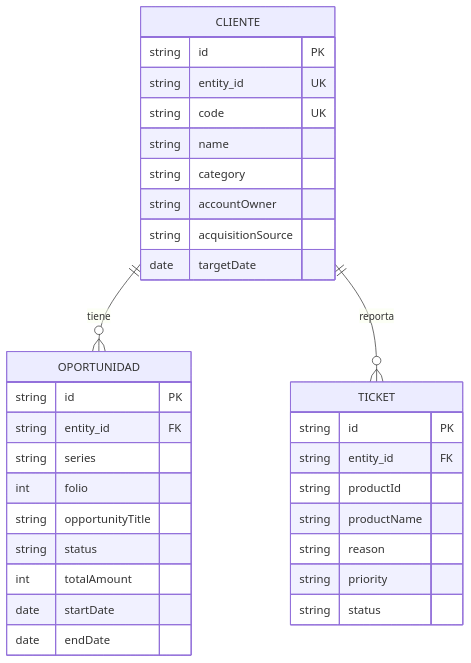
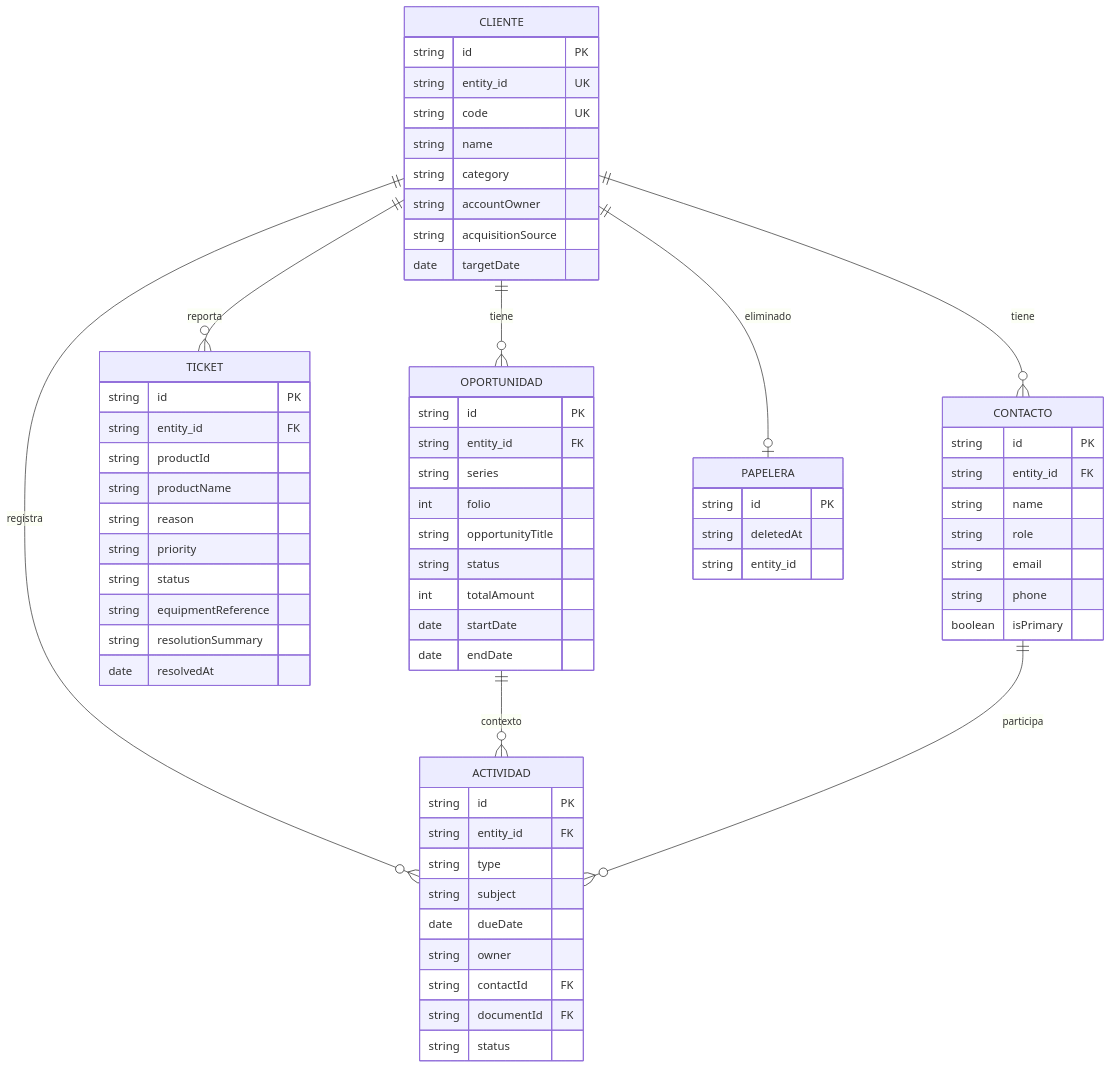
The diagram in specs/001-crm-module/data-model.md (MDS-BI/Grupo-04), drawn with Mermaid before and after one commit. The commit also changed other lines of this file and 4 other files, not shown here.

````diff
--- a/specs/001-crm-module/data-model.md
+++ b/specs/001-crm-module/data-model.md
@@ -230,35 +299,68 @@
 ```mermaid
 erDiagram
     CLIENTE ||--o{ OPORTUNIDAD : tiene
     CLIENTE ||--o{ TICKET : reporta
+    CLIENTE ||--o{ CONTACTO : tiene
+    CLIENTE ||--o{ ACTIVIDAD : registra
+    OPORTUNIDAD ||--o{ ACTIVIDAD : contexto
+    CONTACTO ||--o{ ACTIVIDAD : participa
+    CLIENTE ||--o| PAPELERA : eliminado
     CLIENTE {
         string id PK
         string entity_id UK
         string code UK
         string name
         string category
         string accountOwner
         string acquisitionSource
         date targetDate
     }
     OPORTUNIDAD {
         string id PK
         string entity_id FK
         string series
         int folio
         string opportunityTitle
         string status
         int totalAmount
         date startDate
         date endDate
     }
     TICKET {
         string id PK
         string entity_id FK
         string productId
         string productName
         string reason
         string priority
         string status
+        string equipmentReference
+        string resolutionSummary
+        date resolvedAt
+    }
+    CONTACTO {
+        string id PK
+        string entity_id FK
+        string name
+        string role
+        string email
+        string phone
+        boolean isPrimary
+    }
+    ACTIVIDAD {
+        string id PK
+        string entity_id FK
+        string type
+        string subject
+        date dueDate
+        string owner
+        string contactId FK
+        string documentId FK
+        string status
+    }
+    PAPELERA {
+        string id PK
+        string deletedAt
+        string entity_id
     }
 ```
````
